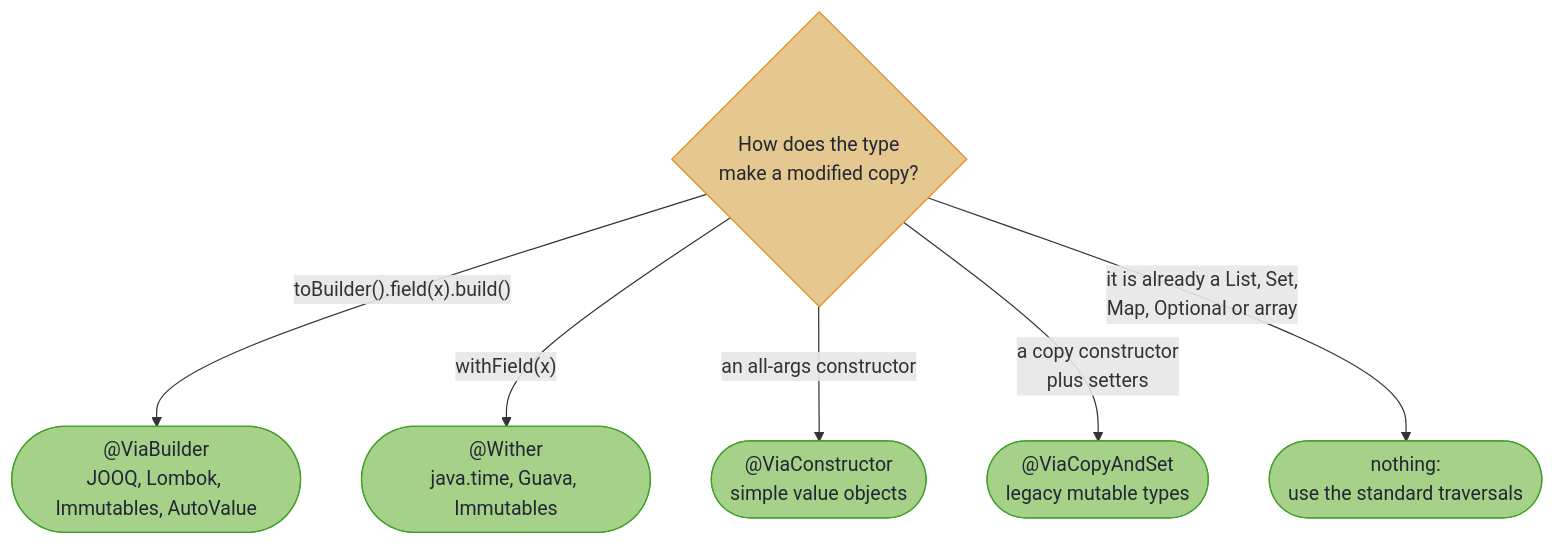
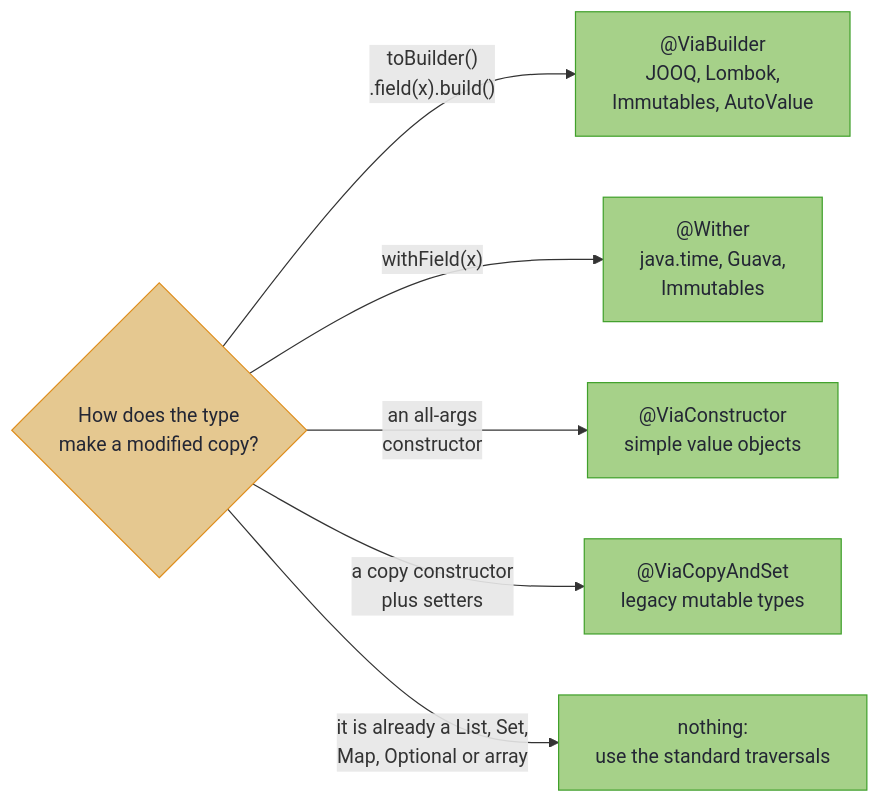
One commit to higher-kinded-j/higher-kinded-j.github.io changed the diagram in latest/optics/copy_strategies.md. Above: the diagram before and after it, drawn with Mermaid. The commit also changed other lines of this file and 55 other files, not shown here.

````diff
--- a/latest/optics/copy_strategies.md
+++ b/latest/optics/copy_strategies.md
@@ -270,14 +272,16 @@
 ```mermaid
-flowchart TD
+flowchart LR
+    accTitle: Which copy strategy a type needs
+    accDescr: A type that copies through toBuilder, a field setter and build takes ViaBuilder; one with a withField method takes Wither; one with an all-args constructor takes ViaConstructor; and one with a copy constructor plus setters takes ViaCopyAndSet. A type that is already a List, Set, Map, Optional or array needs nothing but the standard traversals.
     Q{"How does the type<br/>make a modified copy?"}
-    Q -->|"toBuilder().field(x).build()"| B(["@ViaBuilder<br/>JOOQ, Lombok, Immutables, AutoValue"])
-    Q -->|"withField(x)"| W(["@Wither<br/>java.time, Guava, Immutables"])
-    Q -->|"an all-args constructor"| C(["@ViaConstructor<br/>simple value objects"])
-    Q -->|"a copy constructor<br/>plus setters"| S(["@ViaCopyAndSet<br/>legacy mutable types"])
-    Q -->|"it is already a List, Set,<br/>Map, Optional or array"| N(["nothing:<br/>use the standard traversals"])
+    Q -->|"toBuilder()<br/>.field(x).build()"| B["@ViaBuilder<br/>JOOQ, Lombok,<br/>Immutables, AutoValue"]
+    Q -->|"withField(x)"| W["@Wither<br/>java.time, Guava,<br/>Immutables"]
+    Q -->|"an all-args<br/>constructor"| C["@ViaConstructor<br/>simple value objects"]
+    Q -->|"a copy constructor<br/>plus setters"| S["@ViaCopyAndSet<br/>legacy mutable types"]
+    Q -->|"it is already a List, Set,<br/>Map, Optional or array"| N["nothing:<br/>use the standard traversals"]
 
     classDef decision fill:#e5c890,stroke:#df8e1d,color:#232634
     classDef tier fill:#a6d189,stroke:#40a02b,color:#232634
     class Q decision
     class B,W,C,S,N tier
 ```
````
